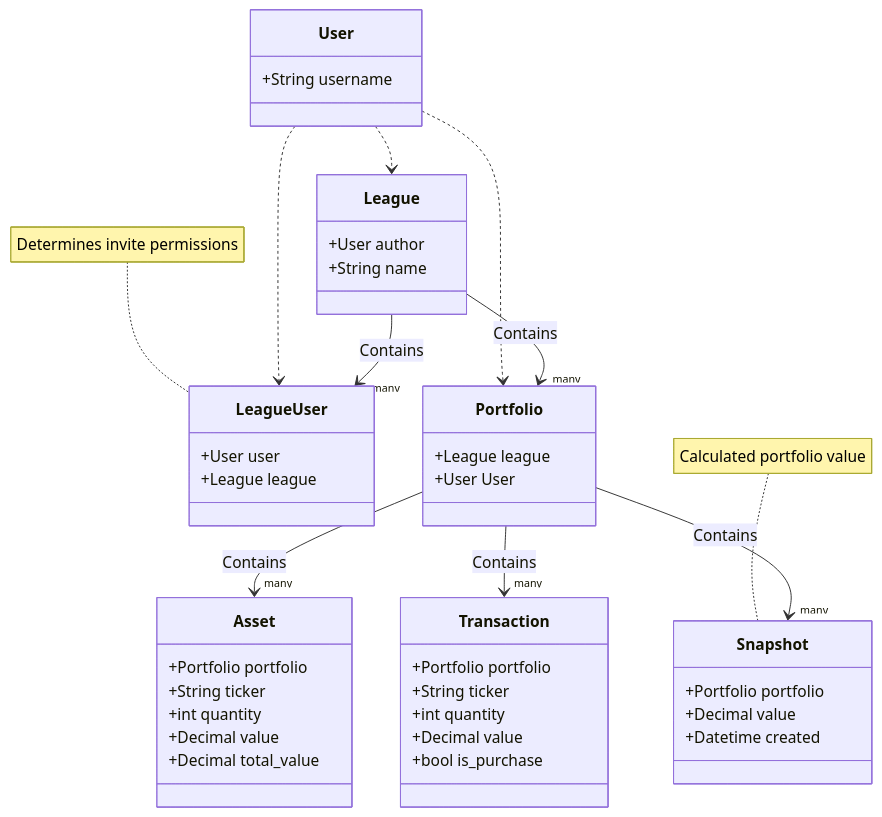
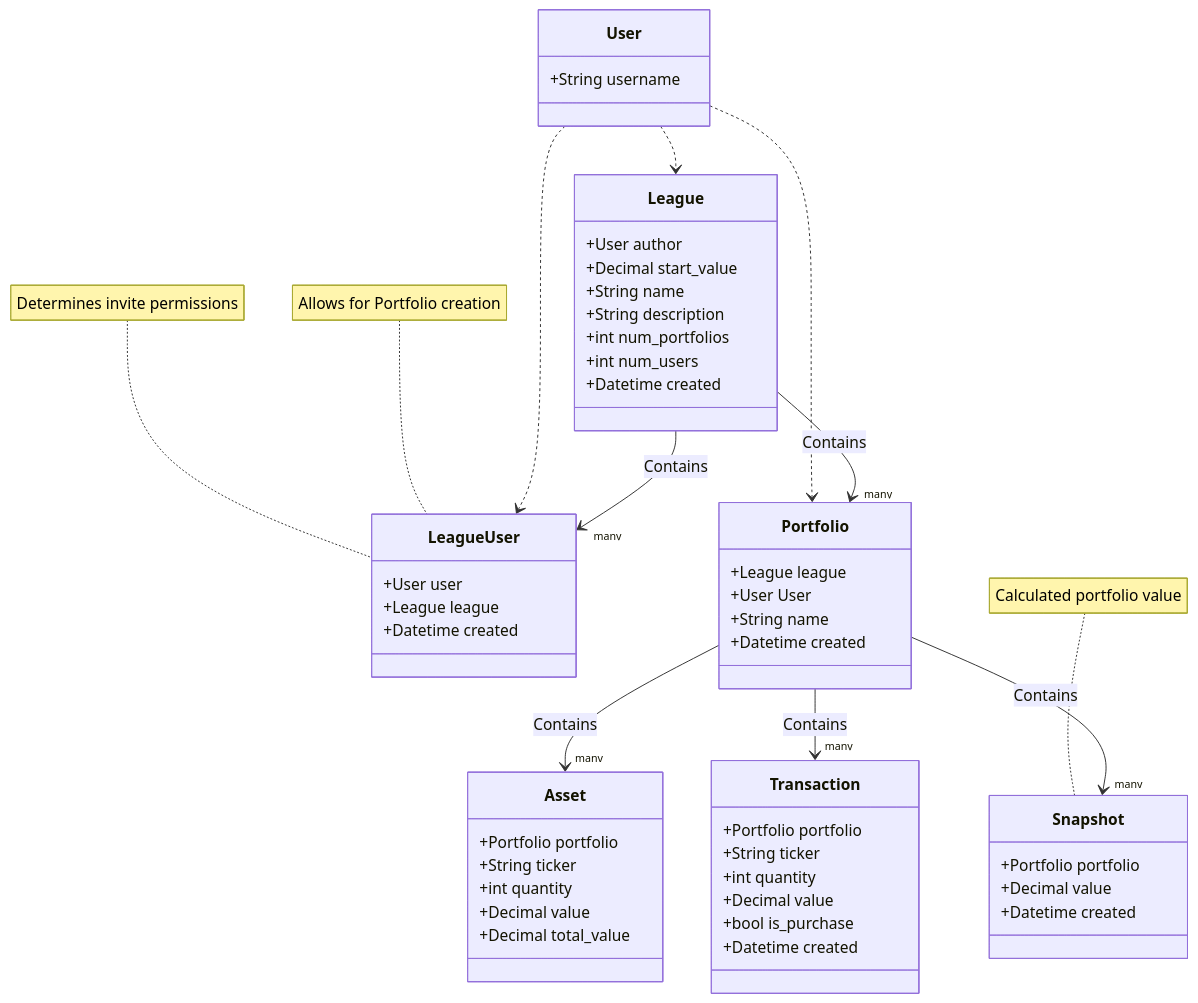
The diagram in README.md (brianbianchi/portfolio), drawn with Mermaid before and after one commit. The commit also changed 7 other files, not shown here.

````diff
--- a/README.md
+++ b/README.md
@@ -16,47 +16,57 @@
 ```mermaid
 classDiagram
     class User {
         +String username
     }
     class League {
         +User author
+        +Decimal start_value
         +String name
+        +String description
+        +int num_portfolios
+        +int num_users
+        +Datetime created
     }
     note for LeagueUser "Determines invite permissions"
+    note for LeagueUser "Allows for Portfolio creation"
     class LeagueUser {
         +User user
         +League league
+        +Datetime created
     }
     class Portfolio {
         +League league
         +User User
+        +String name
+        +Datetime created
     }
     note for Snapshot "Calculated portfolio value"
     class Snapshot {
         +Portfolio portfolio
         +Decimal value
         +Datetime created
     }
     class Asset {
         +Portfolio portfolio
         +String ticker
         +int quantity
         +Decimal value
         +Decimal total_value
     }
     class Transaction {
         +Portfolio portfolio
         +String ticker
         +int quantity
         +Decimal value
         +bool is_purchase
+        +Datetime created
     }
     User ..> League
     User ..> LeagueUser
     User ..> Portfolio
     League --> "many" LeagueUser : Contains
     League --> "many" Portfolio : Contains
     Portfolio --> "many" Asset : Contains
     Portfolio --> "many" Transaction : Contains
     Portfolio --> "many" Snapshot : Contains
 ```
````
